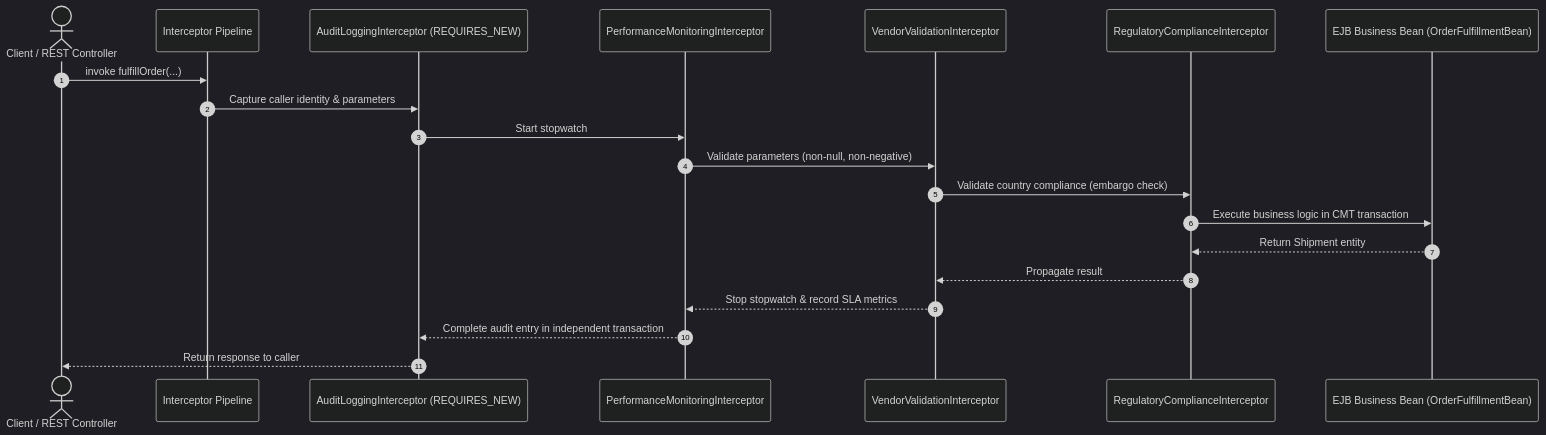
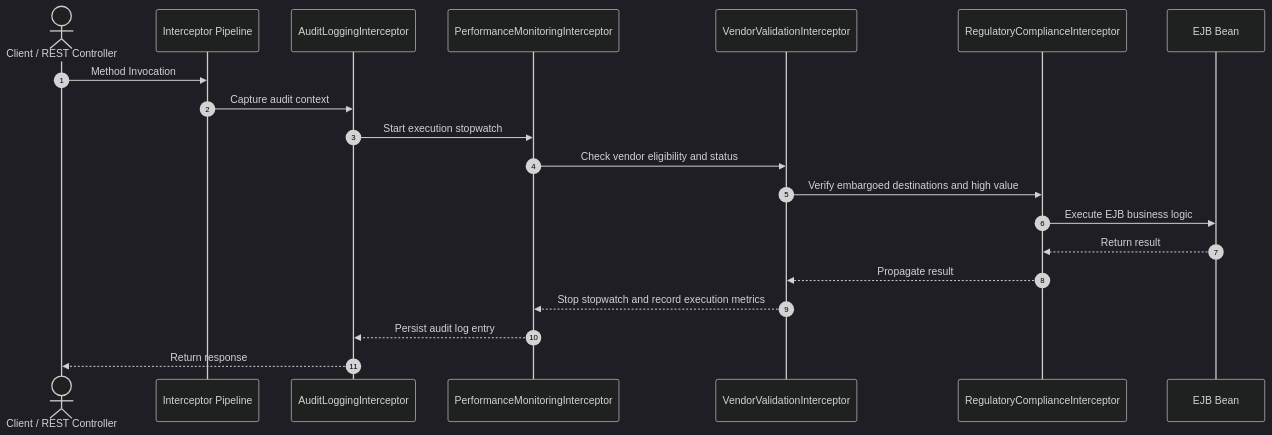
The second of 2 diagrams in TECHNICAL_IMPLEMENTATION_DOCUMENTATION.md (RaminSenanayake/GlobalTrade-Logistics), drawn with Mermaid (dark theme) before and after one commit. The commit also changed other lines of this file and 73 other files, not shown here.

````diff
--- a/TECHNICAL_IMPLEMENTATION_DOCUMENTATION.md
+++ b/TECHNICAL_IMPLEMENTATION_DOCUMENTATION.md
@@ -98,23 +147,23 @@
 ```mermaid
 sequenceDiagram
     autonumber
     actor Caller as Client / REST Controller
     participant InterceptorChain as Interceptor Pipeline
-    participant Audit as AuditLoggingInterceptor (REQUIRES_NEW)
+    participant Audit as AuditLoggingInterceptor
     participant Perf as PerformanceMonitoringInterceptor
     participant Valid as VendorValidationInterceptor
     participant Reg as RegulatoryComplianceInterceptor
-    participant Bean as EJB Business Bean (OrderFulfillmentBean)
+    participant Bean as EJB Bean
 
-    Caller->>InterceptorChain: invoke fulfillOrder(...)
-    InterceptorChain->>Audit: Capture caller identity & parameters
-    Audit->>Perf: Start stopwatch
-    Perf->>Valid: Validate parameters (non-null, non-negative)
-    Valid->>Reg: Validate country compliance (embargo check)
-    Reg->>Bean: Execute business logic in CMT transaction
-    Bean-->>Reg: Return Shipment entity
+    Caller->>InterceptorChain: Method Invocation
+    InterceptorChain->>Audit: Capture audit context
+    Audit->>Perf: Start execution stopwatch
+    Perf->>Valid: Check vendor eligibility and status
+    Valid->>Reg: Verify embargoed destinations and high value
+    Reg->>Bean: Execute EJB business logic
+    Bean-->>Reg: Return result
     Reg-->>Valid: Propagate result
-    Valid-->>Perf: Stop stopwatch & record SLA metrics
-    Perf-->>Audit: Complete audit entry in independent transaction
-    Audit-->>Caller: Return response to caller
+    Valid-->>Perf: Stop stopwatch and record execution metrics
+    Perf-->>Audit: Persist audit log entry
+    Audit-->>Caller: Return response
 ```
````
